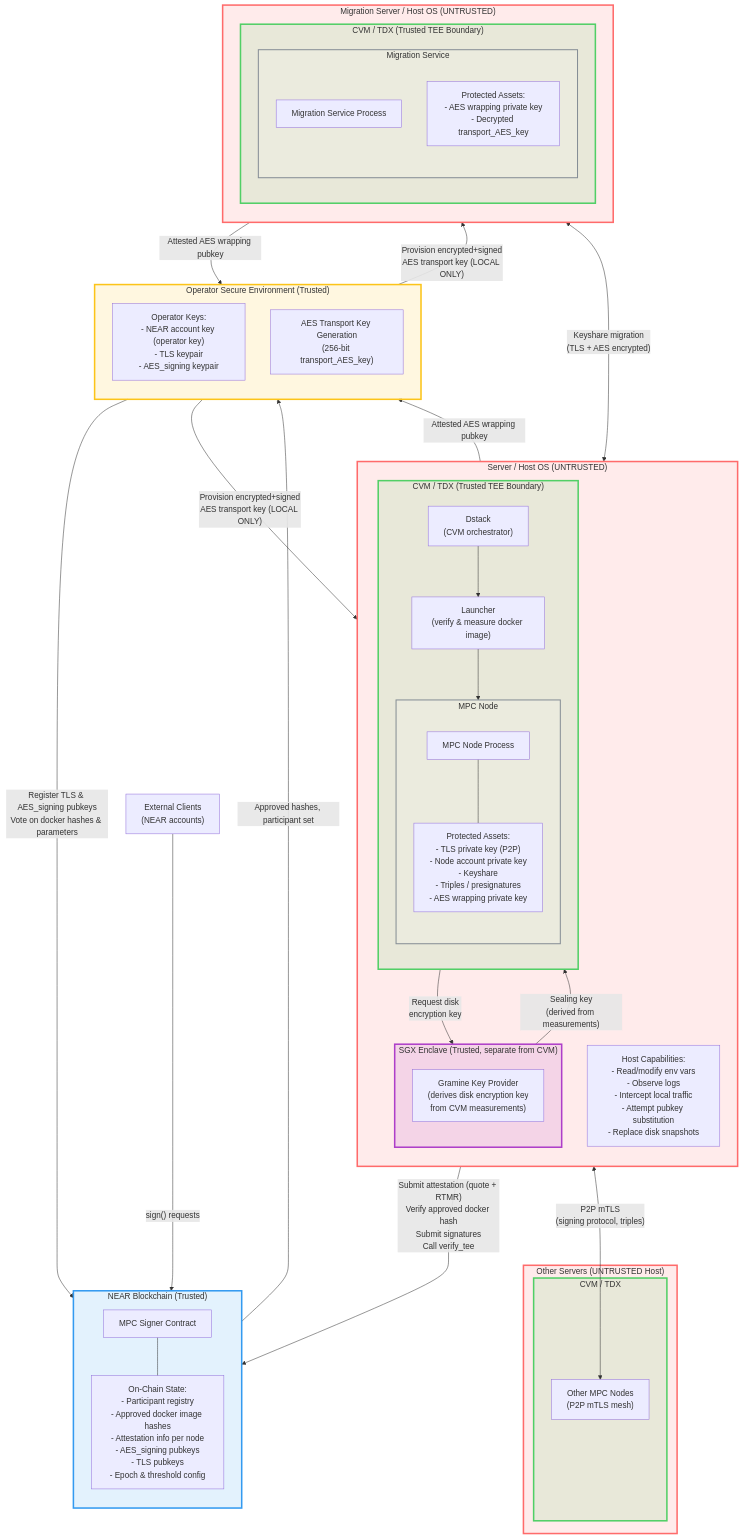
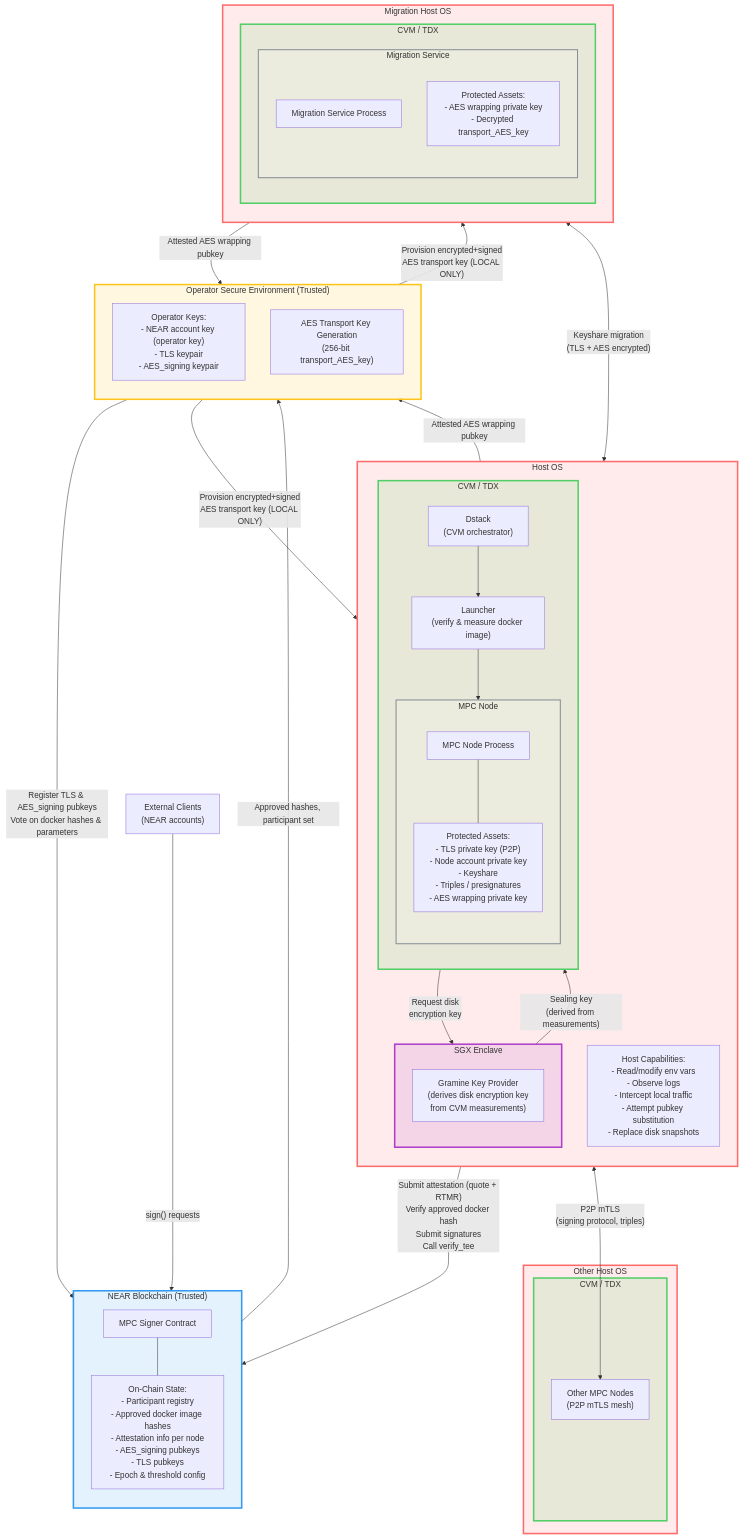
Before and after one commit to near/mpc: the first of 3 diagrams in docs/threat-model-diagram.md, drawn with Mermaid.

Commit message:
docs: shorten subgraph labels to fix text overlap in threat model diagram

```diff
--- a/docs/threat-model-diagram.md
+++ b/docs/threat-model-diagram.md
@@ -35,16 +35,16 @@
     %% ───────────────────────────────────────────────
     %% SERVER: Host OS > CVM > MPC Node (nested)
     %% ───────────────────────────────────────────────
-    subgraph HOST["Server / Host OS (UNTRUSTED)"]
+    subgraph HOST["Host OS"]
         direction TB
         HOST_CAP["Host Capabilities:<br/>- Read/modify env vars<br/>- Observe logs<br/>- Intercept local traffic<br/>- Attempt pubkey substitution<br/>- Replace disk snapshots"]
 
-        subgraph SGX_ENCLAVE["SGX Enclave (Trusted, separate from CVM)"]
+        subgraph SGX_ENCLAVE["SGX Enclave"]
             direction TB
             GRAMINE["Gramine Key Provider<br/>(derives disk encryption key<br/>from CVM measurements)"]
         end
 
-        subgraph CVM["CVM / TDX (Trusted TEE Boundary)"]
+        subgraph CVM["CVM / TDX"]
             direction TB
             DSTACK["Dstack<br/>(CVM orchestrator)"]
             LAUNCHER["Launcher<br/>(verify & measure docker image)"]
@@ -67,9 +67,9 @@
     %% ───────────────────────────────────────────────
     %% Migration Server: Host OS > CVM > Migration Svc
     %% ───────────────────────────────────────────────
-    subgraph MIG_HOST["Migration Server / Host OS (UNTRUSTED)"]
+    subgraph MIG_HOST["Migration Host OS"]
         direction TB
-        subgraph MIG_CVM["CVM / TDX (Trusted TEE Boundary)"]
+        subgraph MIG_CVM["CVM / TDX"]
             direction TB
             subgraph MIG_BOX["Migration Service"]
                 direction TB
@@ -87,7 +87,7 @@
     %% ───────────────────────────────────────────────
     %% Other MPC Nodes (also nested)
     %% ───────────────────────────────────────────────
-    subgraph PEER_HOST["Other Servers (UNTRUSTED Host)"]
+    subgraph PEER_HOST["Other Host OS"]
         subgraph PEER_CVM["CVM / TDX"]
             PEER_NODES["Other MPC Nodes<br/>(P2P mTLS mesh)"]
         end
```
